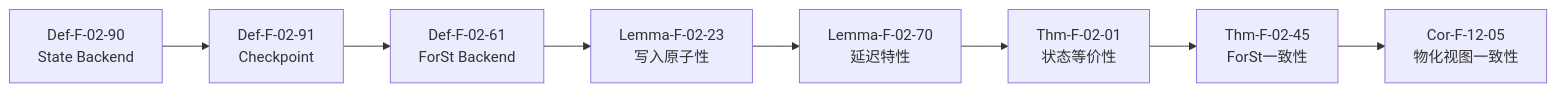
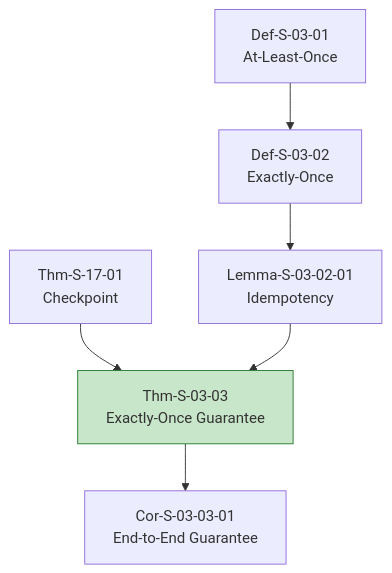
One commit to AdaMartin18010/AnalysisDataFlow changed the second of 5 diagrams in i18n/en/Struct/Key-Theorem-Proof-Chains.md. Above: the diagram before and after it, drawn with Mermaid. The commit also changed other lines of this file and 210 other files, not shown here.

````diff
--- a/i18n/en/Struct/Key-Theorem-Proof-Chains.md
+++ b/i18n/en/Struct/Key-Theorem-Proof-Chains.md
@@ -60,10 +86,10 @@
 ```mermaid
-graph LR
-    D0201[Def-F-02-90<br/>State Backend] --> D0202[Def-F-02-91<br/>Checkpoint]
-    D0202 --> D0203[Def-F-02-61<br/>ForSt Backend]
-    D0203 --> L020101[Lemma-F-02-23<br/>写入原子性]
-    L020101 --> L020102[Lemma-F-02-70<br/>延迟特性]
-    L020102 --> T020101[Thm-F-02-01<br/>状态等价性]
-    T020101 --> T020102[Thm-F-02-45<br/>ForSt一致性]
-    T020102 --> C020101[Cor-F-12-05<br/>物化视图一致性]
+graph TD
+    D0301[Def-S-03-01<br/>At-Least-Once] --> D0302[Def-S-03-02<br/>Exactly-Once]
+    D0302 --> L030201[Lemma-S-03-02-01<br/>Idempotency]
+    T0401[Thm-S-17-01<br/>Checkpoint] --> T0303
+    L030201 --> T0303[Thm-S-03-03<br/>Exactly-Once Guarantee]
+    T0303 --> C030301[Cor-S-03-03-01<br/>End-to-End Guarantee]
+
+    style T0303 fill:#c8e6c9,stroke:#2e7d32
 ```
````
